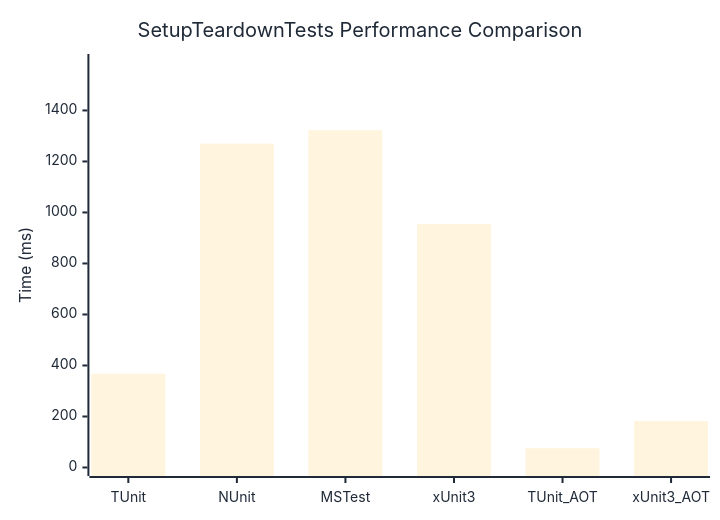
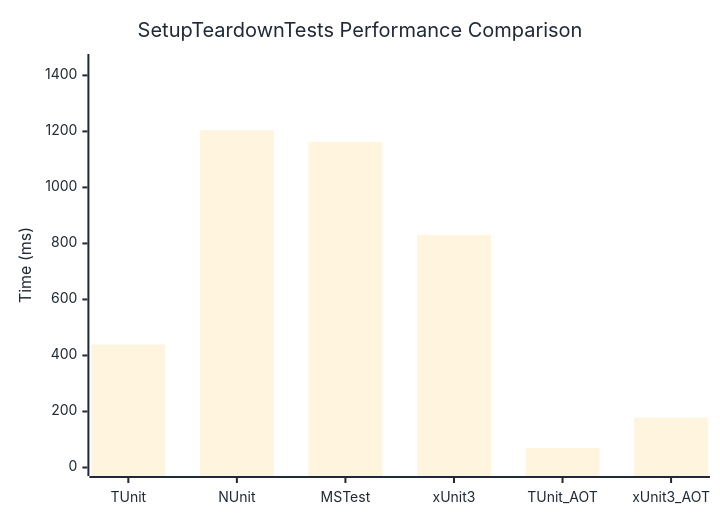
The diagram in docs/docs/benchmarks/engine/SetupTeardownTests.md (thomhurst/TUnit), drawn with Mermaid before and after one commit. The commit also changed other lines of this file and 18 other files, not shown here.

````diff
--- a/docs/docs/benchmarks/engine/SetupTeardownTests.md
+++ b/docs/docs/benchmarks/engine/SetupTeardownTests.md
@@ -30,37 +30,37 @@
 ```mermaid
 %%{init: {
   'theme':'base',
   'themeVariables': {
     'primaryColor': '#2563eb',
     'primaryTextColor': '#1f2937',
     'primaryBorderColor': '#1e40af',
     'lineColor': '#6b7280',
     'secondaryColor': '#7c3aed',
     'tertiaryColor': '#dc2626',
     'background': '#ffffff',
     'mainBkg': '#2563eb',
     'secondBkg': '#7c3aed',
     'tertiaryBkg': '#dc2626',
     'clusterBkg': '#f3f4f6',
     'edgeLabelBackground': '#ffffff',
     'tertiaryTextColor': '#1f2937',
     'pie1': '#2563eb',
     'pie2': '#7c3aed',
     'pie3': '#dc2626',
     'pie4': '#f59e0b',
     'pie5': '#10b981',
     'pie6': '#06b6d4',
     'pie7': '#ec4899',
     'pie8': '#6366f1',
     'pie9': '#84cc16',
     'pie10': '#f97316',
     'pie11': '#14b8a6',
     'pie12': '#a855f7'
   }
 }}%%
 xychart-beta
   title "SetupTeardownTests Performance Comparison"
   x-axis ["TUnit", "NUnit", "MSTest", "xUnit3", "TUnit_AOT", "xUnit3_AOT"]
-  y-axis "Time (ms)" 0 --> 1588
-  bar [367.81, 1270.05, 1322.57, 955.39, 75.64, 182.31]
+  y-axis "Time (ms)" 0 --> 1446
+  bar [438.91, 1204.63, 1162.74, 830.48, 70.01, 178.33]
 ```
````
